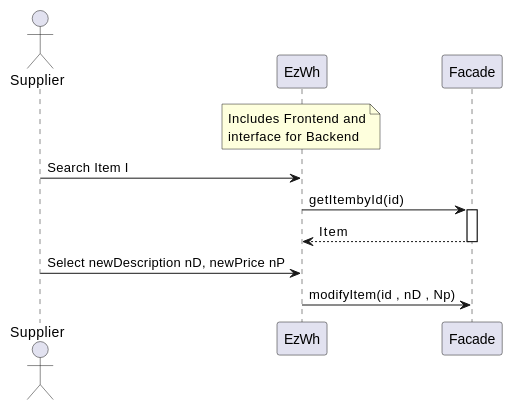
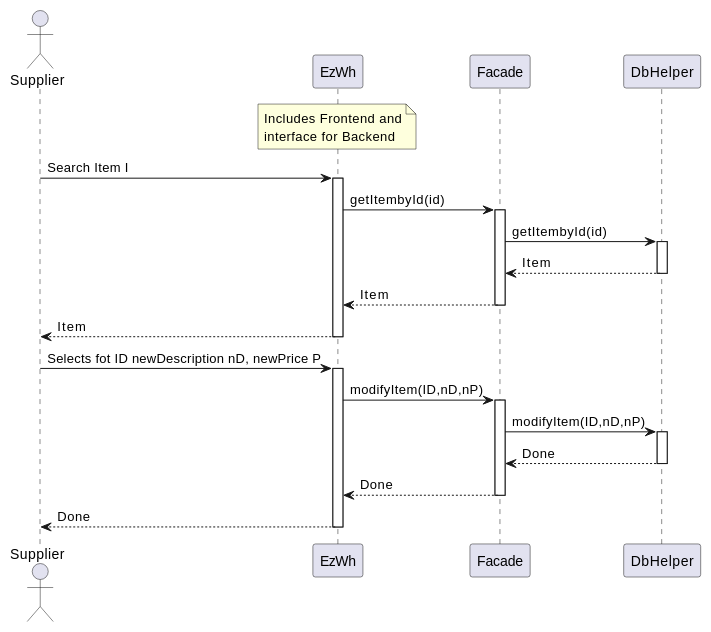
Before and after one commit to giuseppe-dandrea/EzWh: diagram 13 of 14 in DesignDocument.md, drawn with PlantUML. The commit also changed other lines of this file, not shown here.

````diff
--- a/DesignDocument.md
+++ b/DesignDocument.md
@@ -809,16 +848,34 @@
 ```plantuml
 actor Supplier
 participant EzWh
 note over EzWh: Includes Frontend and\ninterface for Backend
 participant Facade
+participant DbHelper
 
 
 Supplier -> EzWh: Search Item I
+activate EzWh
 EzWh -> Facade: getItembyId(id)
 activate Facade
+Facade -> DbHelper : getItembyId(id)
+activate DbHelper
+DbHelper --> Facade : Item
+deactivate DbHelper
 Facade --> EzWh : Item
 deactivate Facade
-Supplier -> EzWh: Select newDescription nD, newPrice nP
-EzWh -> Facade: modifyItem(id , nD , Np)
+EzWh --> Supplier : Item
+deactivate EzWh
 
+Supplier -> EzWh :Selects fot ID newDescription nD, newPrice P
+activate EzWh
+EzWh ->Facade : modifyItem(ID,nD,nP)
+activate Facade
+Facade ->DbHelper : modifyItem(ID,nD,nP)
+activate DbHelper
+DbHelper --> Facade : Done
+deactivate DbHelper
+Facade --> EzWh : Done
+deactivate Facade
+EzWh --> Supplier : Done
+deactivate EzWh
 ```
````
